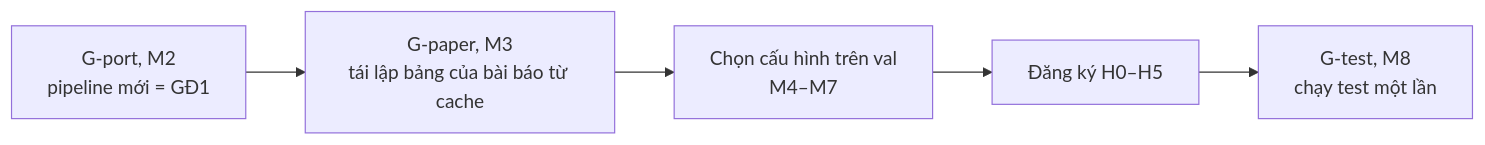
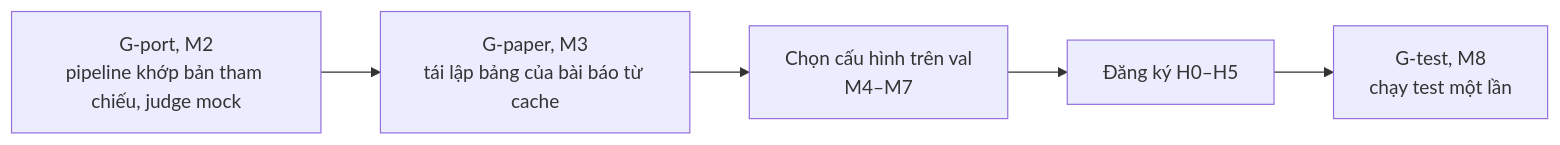
One commit to perckgg/realtime-llm changed the fourth of 4 diagrams in docs/drafts/outline-bao-cao-gd2.md. Above: the diagram before and after it, drawn with Mermaid. The commit also changed other lines of this file and 3 other files, not shown here.

````diff
--- a/docs/drafts/outline-bao-cao-gd2.md
+++ b/docs/drafts/outline-bao-cao-gd2.md
@@ -341,7 +317,7 @@
 ```mermaid
 flowchart LR
-  P1[G-port, M2<br/>pipeline mới = GĐ1] --> P2[G-paper, M3<br/>tái lập bảng của bài báo từ cache]
+  P1[G-port, M2<br/>pipeline khớp bản tham chiếu, judge mock] --> P2[G-paper, M3<br/>tái lập bảng của bài báo từ cache]
   P2 --> V[Chọn cấu hình trên val<br/>M4–M7]
   V --> REG[Đăng ký H0–H5]
   REG --> P3[G-test, M8<br/>chạy test một lần]
 ```
````
